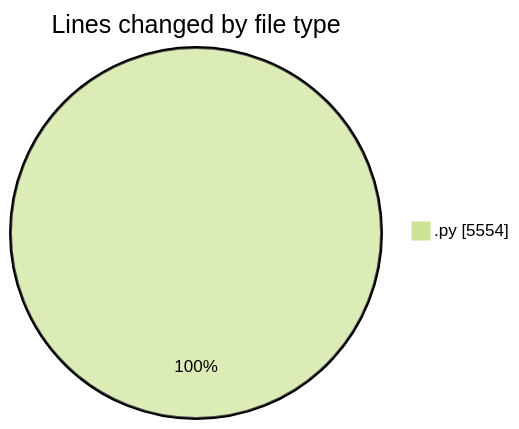
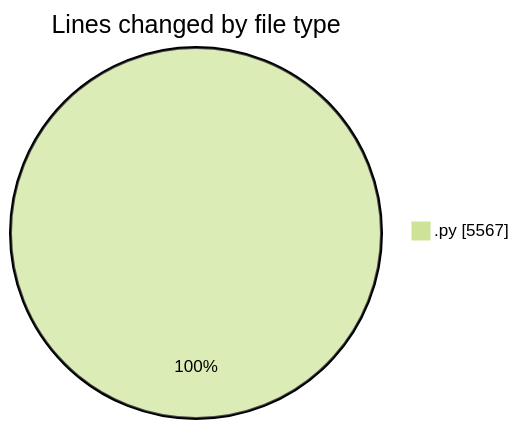
Before and after one commit to MatusMokan/code-tracking: the first of 2 diagrams in 2025-04-18/myws__workspace_/README.md, drawn with Mermaid (forest theme). The commit also changed other lines of this file and 1 other file, not shown here.

````diff
--- a/2025-04-18/myws__workspace_/README.md
+++ b/2025-04-18/myws__workspace_/README.md
@@ -22,5 +22,5 @@
 ```mermaid
 pie showData
 title Lines changed by file type
-".py" : 5554
+".py" : 5567
 ```
````
